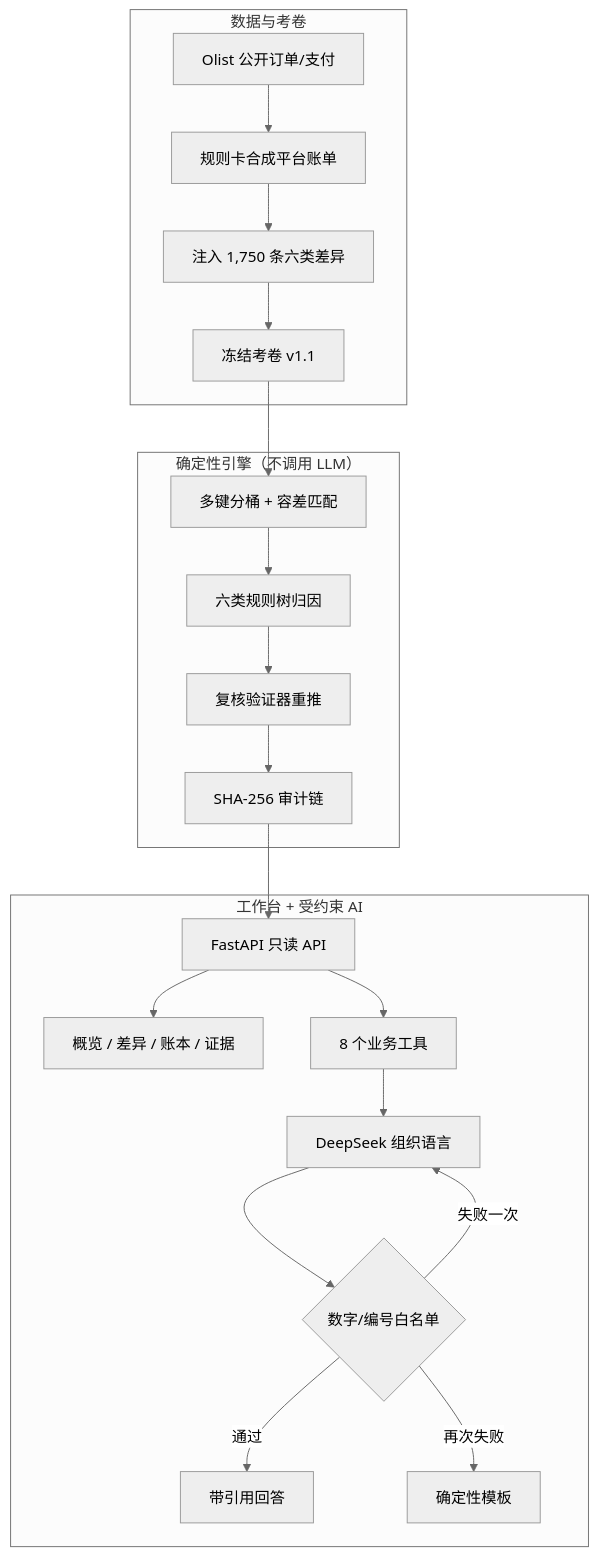
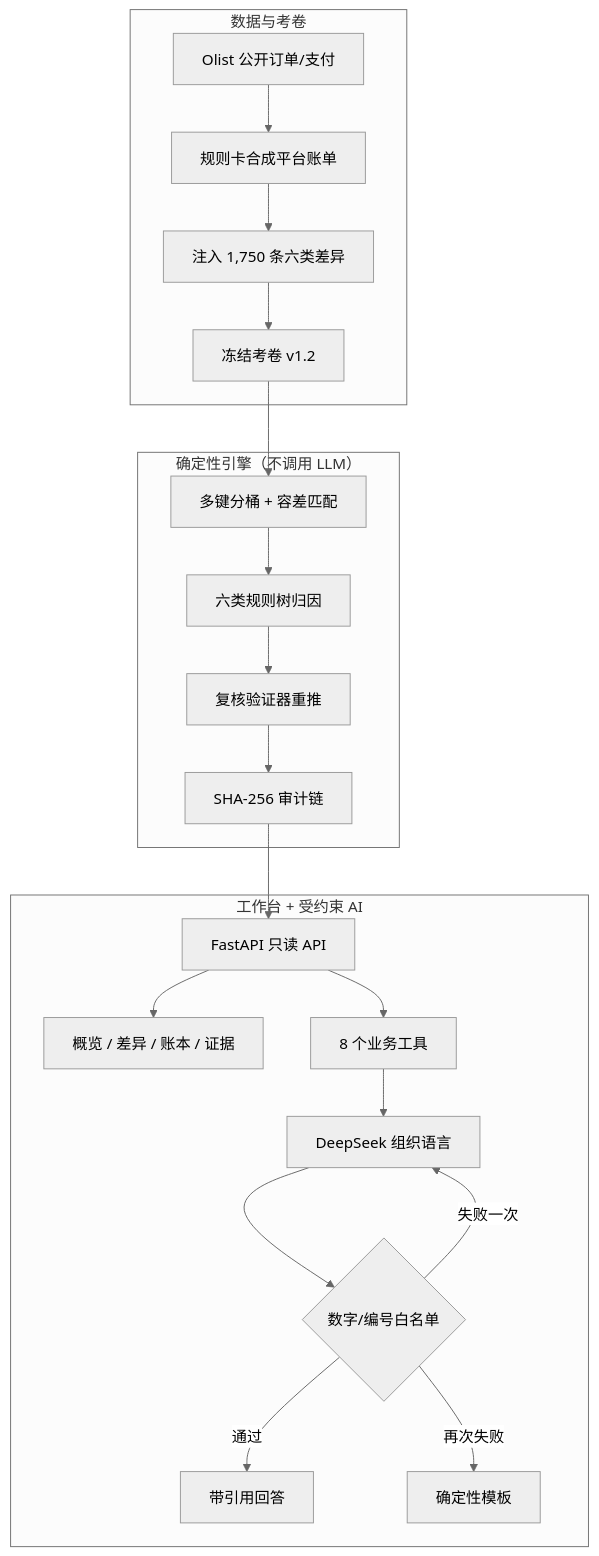
One commit to TheSKY-3/ecom-settlement-recon changed the diagram in README.md. Above: the diagram before and after it, drawn with Mermaid (neutral theme). The commit also changed other lines of this file and 27 other files, not shown here.

````diff
--- a/README.md
+++ b/README.md
@@ -135,26 +158,26 @@
 ```mermaid
 flowchart TB
     subgraph DATA["数据与考卷"]
         A["Olist 公开订单/支付"] --> B["规则卡合成平台账单"]
         B --> C["注入 1,750 条六类差异"]
-        C --> D["冻结考卷 v1.1"]
+        C --> D["冻结考卷 v1.2"]
     end
 
     subgraph ENGINE["确定性引擎（不调用 LLM）"]
         D --> E["多键分桶 + 容差匹配"]
         E --> F["六类规则树归因"]
         F --> G["复核验证器重推"]
         G --> H["SHA-256 审计链"]
     end
 
     subgraph APP["工作台 + 受约束 AI"]
         H --> I["FastAPI 只读 API"]
         I --> J["概览 / 差异 / 账本 / 证据"]
         I --> K["8 个业务工具"]
         K --> L["DeepSeek 组织语言"]
         L --> M{"数字/编号白名单"}
         M -->|通过| N["带引用回答"]
         M -->|失败一次| L
         M -->|再次失败| O["确定性模板"]
     end
 ```
````
